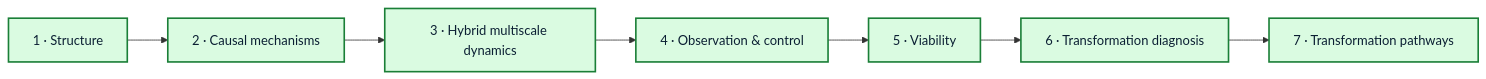
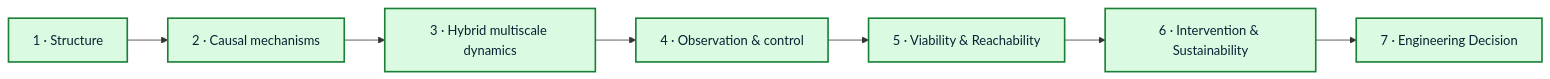
Before and after one commit to Dosust/MSE-thesis: the second of 2 diagrams in methods/architecture/README.md, drawn with Mermaid. The commit also changed other lines of this file, not shown here.

Commit message:
Align architecture methods with canonical framework v2 and RQ-SO-H v3

````diff
--- a/methods/architecture/README.md
+++ b/methods/architecture/README.md
@@ -71,12 +71,12 @@
 ```mermaid
 flowchart LR
     S1["1 · Structure"] --> S2["2 · Causal mechanisms"]
     S2 --> S3["3 · Hybrid multiscale dynamics"]
     S3 --> S4["4 · Observation & control"]
-    S4 --> S5["5 · Viability"]
-    S5 --> S6["6 · Transformation diagnosis"]
-    S6 --> S7["7 · Transformation pathways"]
+    S4 --> S5["5 · Viability & Reachability"]
+    S5 --> S6["6 · Intervention & Sustainability"]
+    S6 --> S7["7 · Engineering Decision"]
 
     classDef frozen fill:#DAFBE1,stroke:#1A7F37,color:#0B1F33,stroke-width:2px;
     class S1,S2,S3,S4,S5,S6,S7 frozen;
 ```
````
